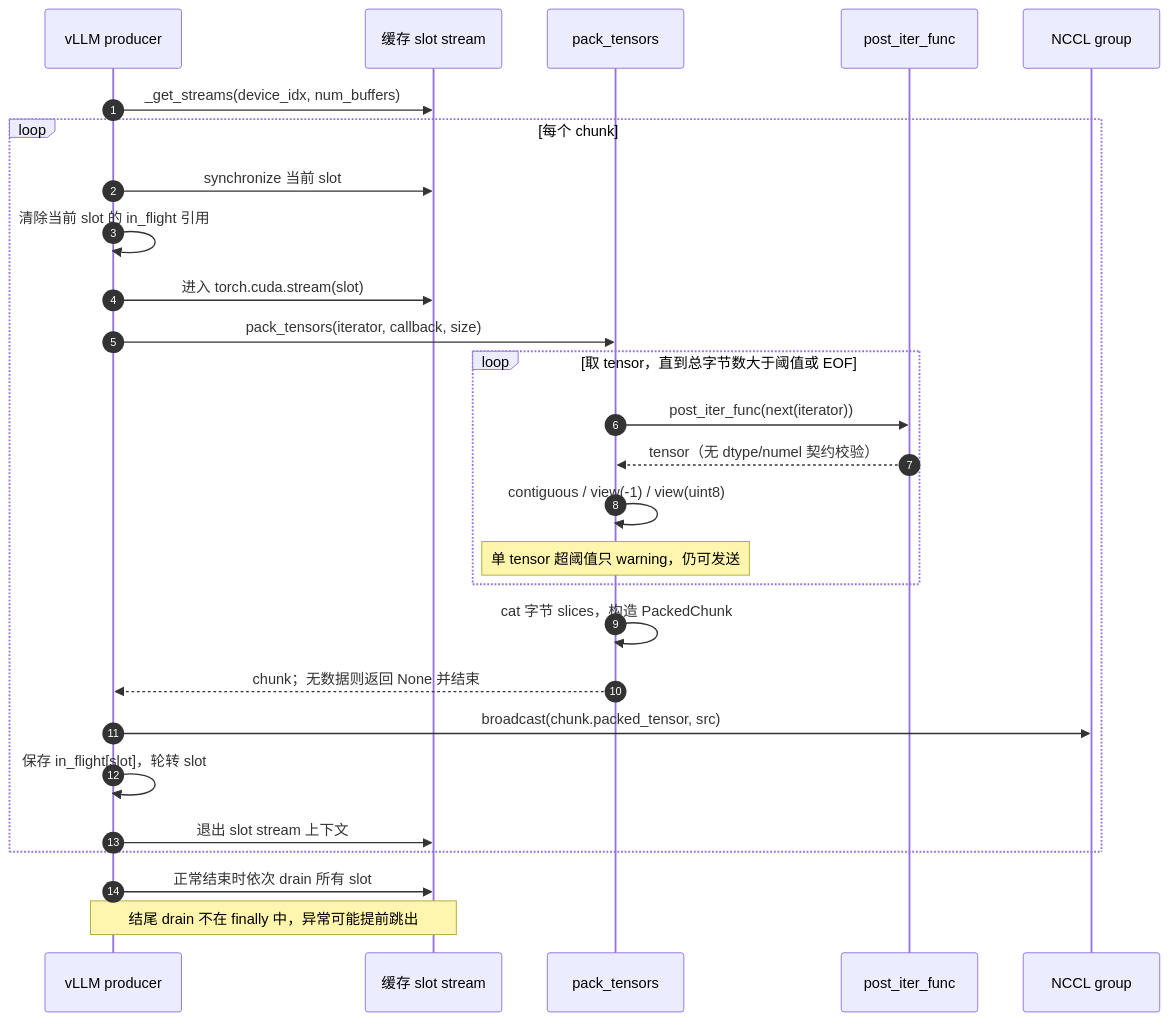
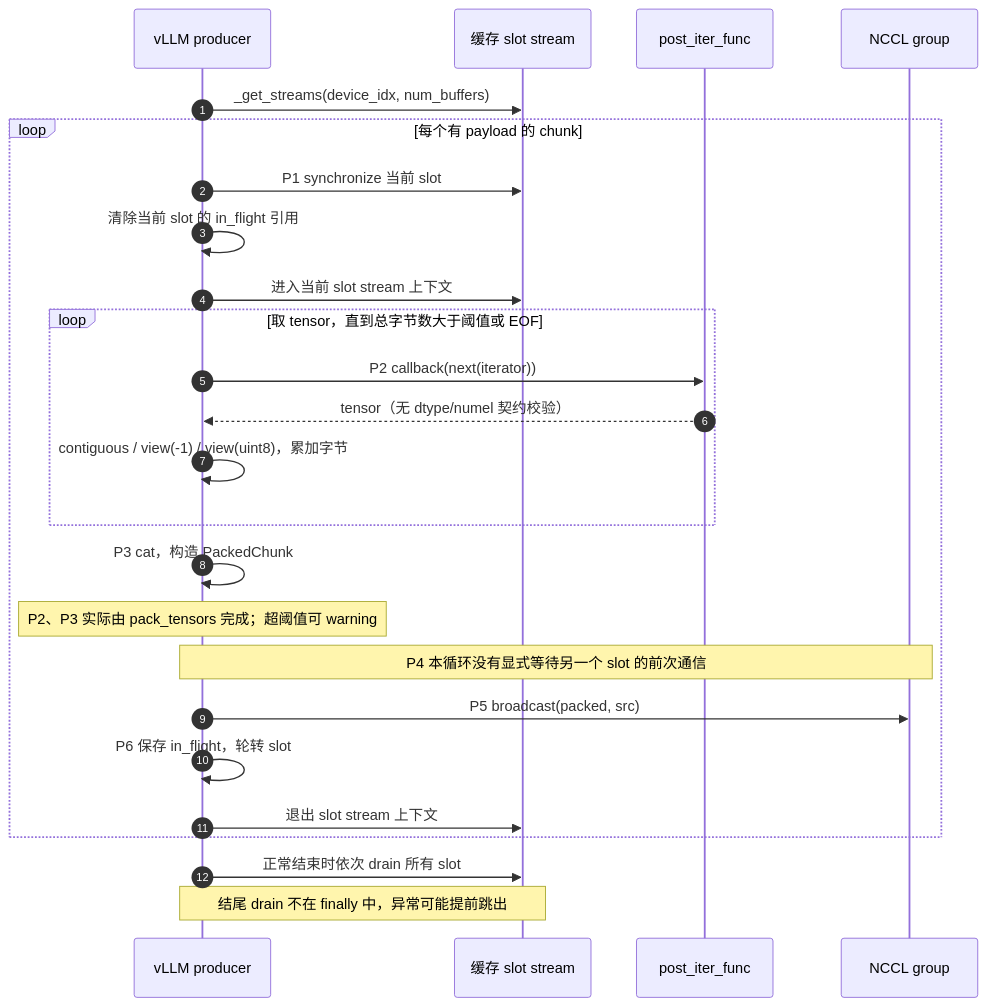
One commit to Liccol/ref-doc changed the second of 10 diagrams in vllm/weight-transfer/packed-tensor-design.md. Above: the diagram before and after it, drawn with Mermaid. The commit also changed other lines of this file and 8 other files, not shown here.

````diff
--- a/vllm/weight-transfer/packed-tensor-design.md
+++ b/vllm/weight-transfer/packed-tensor-design.md
@@ -124,29 +127,27 @@
 ```mermaid
 sequenceDiagram
     autonumber
     participant L as vLLM producer
     participant S as 缓存 slot stream
-    participant P as pack_tensors
     participant F as post_iter_func
     participant G as NCCL group
     L->>S: _get_streams(device_idx, num_buffers)
-    loop 每个 chunk
-        L->>S: synchronize 当前 slot
+    loop 每个有 payload 的 chunk
+        L->>S: P1 synchronize 当前 slot
         L->>L: 清除当前 slot 的 in_flight 引用
-        L->>S: 进入 torch.cuda.stream(slot)
-        L->>P: pack_tensors(iterator, callback, size)
+        L->>S: 进入当前 slot stream 上下文
         loop 取 tensor，直到总字节数大于阈值或 EOF
-            P->>F: post_iter_func(next(iterator))
-            F-->>P: tensor（无 dtype/numel 契约校验）
-            P->>P: contiguous / view(-1) / view(uint8)
-            Note over P: 单 tensor 超阈值只 warning，仍可发送
+            L->>F: P2 callback(next(iterator))
+            F-->>L: tensor（无 dtype/numel 契约校验）
+            L->>L: contiguous / view(-1) / view(uint8)，累加字节
         end
-        P->>P: cat 字节 slices，构造 PackedChunk
-        P-->>L: chunk；无数据则返回 None 并结束
-        L->>G: broadcast(chunk.packed_tensor, src)
-        L->>L: 保存 in_flight[slot]，轮转 slot
+        L->>L: P3 cat，构造 PackedChunk
+        Note over L: P2、P3 实际由 pack_tensors 完成；超阈值可 warning
+        Note over L,G: P4 本循环没有显式等待另一个 slot 的前次通信
+        L->>G: P5 broadcast(packed, src)
+        L->>L: P6 保存 in_flight，轮转 slot
         L->>S: 退出 slot stream 上下文
     end
     L->>S: 正常结束时依次 drain 所有 slot
     Note over L,S: 结尾 drain 不在 finally 中，异常可能提前跳出
 ```
````
